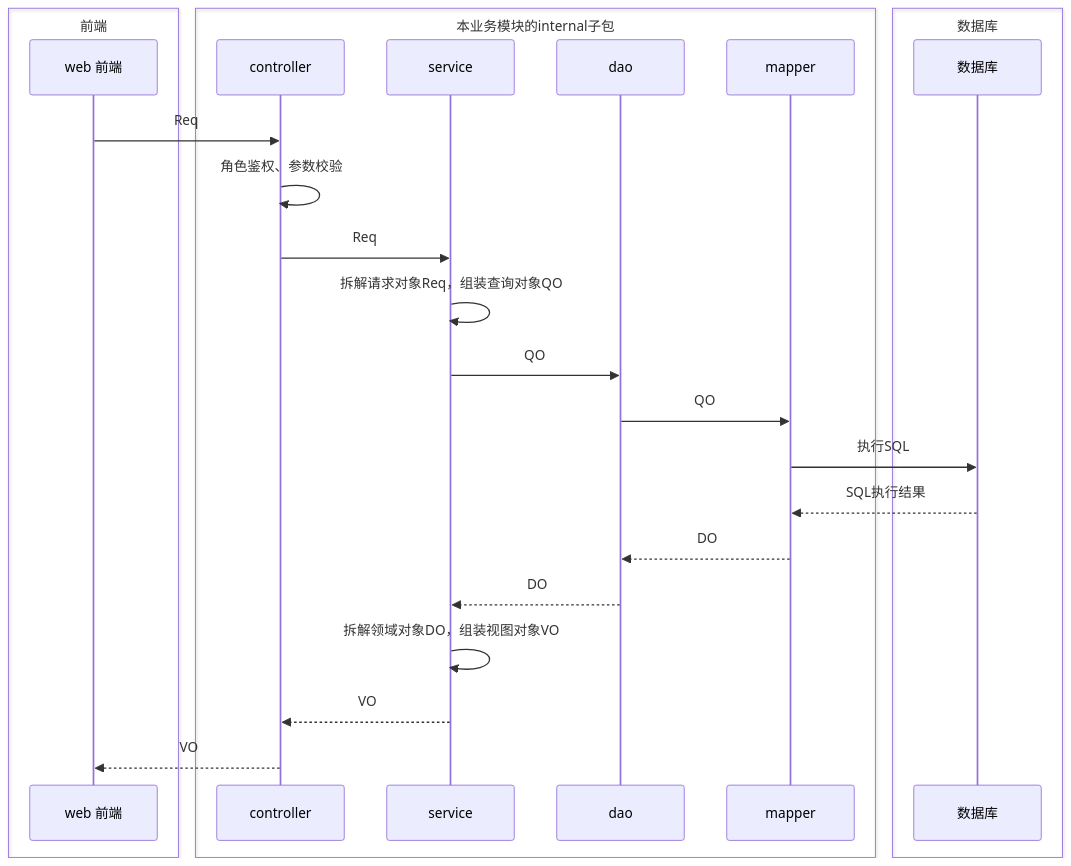
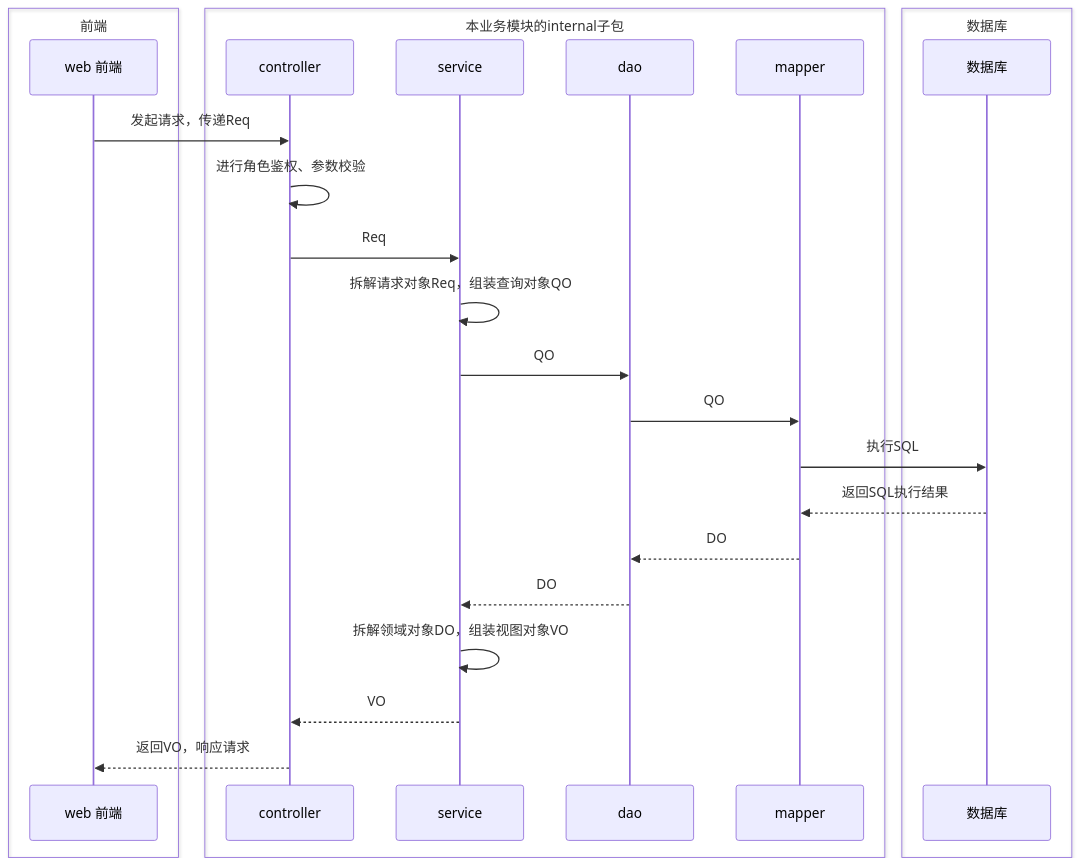
One commit to StudentClubDevelopmentManagementGroup/student-club-management-system-rear-end changed the first of 2 diagrams in src/main/java/team/project/module/_template/detail.md. Above: the diagram before and after it, drawn with Mermaid. The commit also changed 2 other files, not shown here.

````diff
--- a/src/main/java/team/project/module/_template/detail.md
+++ b/src/main/java/team/project/module/_template/detail.md
@@ -6,28 +6,28 @@
 ``` mermaid
 sequenceDiagram
     box 前端
         participant web as web 前端
     end
     box 本业务模块的internal子包
         participant controller as controller
         participant service as service
         participant dao as dao
         participant mapper as mapper
     end
     box 数据库
         participant db as 数据库
     end
-    web ->> controller : Req
-    controller ->> controller : 角色鉴权、参数校验
+    web ->> controller : 发起请求，传递Req
+    controller ->> controller : 进行角色鉴权、参数校验
     controller ->> service : Req
     service ->> service : 拆解请求对象Req，组装查询对象QO
     service ->> dao : QO
     dao ->> mapper : QO
     mapper ->> db : 执行SQL
-    db -->> mapper : SQL执行结果
+    db -->> mapper : 返回SQL执行结果
     mapper -->> dao : DO
     dao -->> service : DO
     service ->> service : 拆解领域对象DO，组装视图对象VO
     service -->> controller : VO
-    controller -->> web : VO
+    controller -->> web : 返回VO，响应请求
 ```
````
